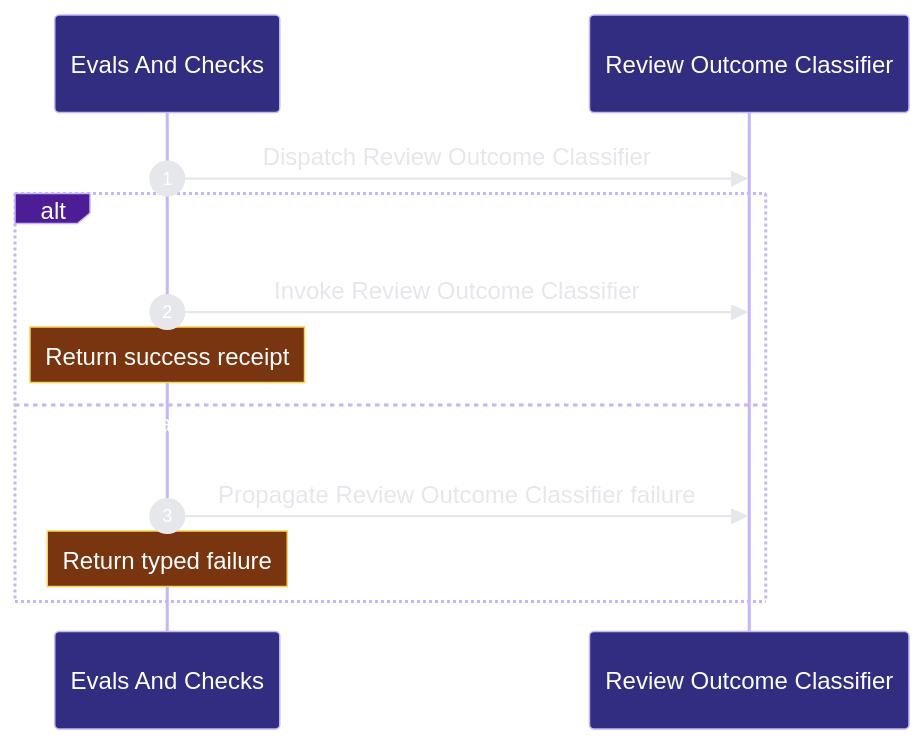
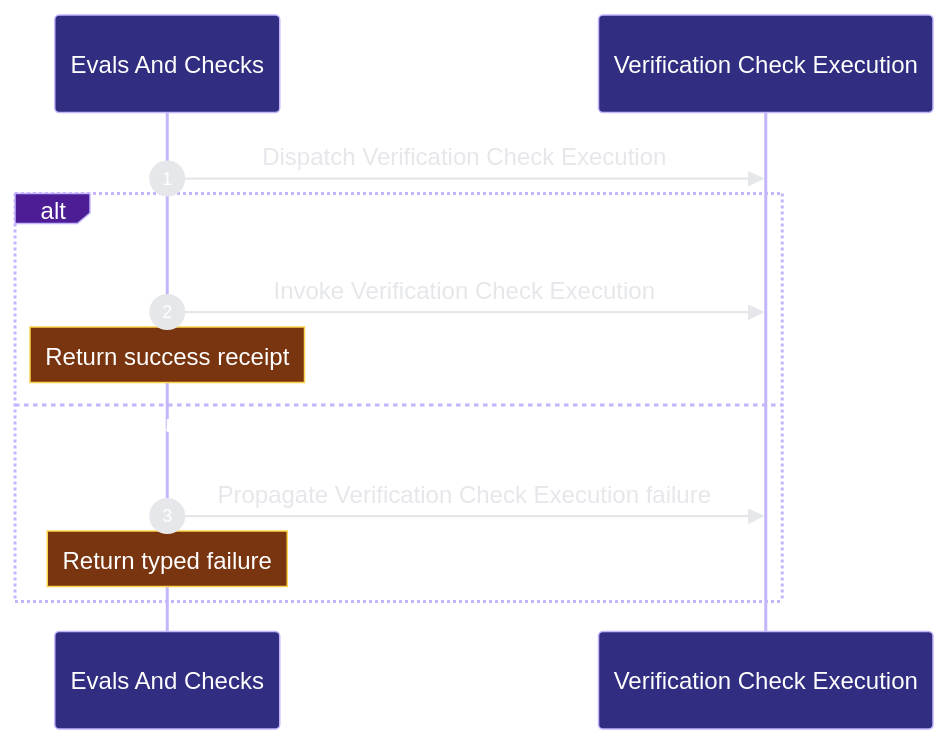
One commit to Ancienttwo/repo-harness changed the second of 2 diagrams in docs/architecture/modules/verification/evals-checks.md. Above: the diagram before and after it, drawn with Mermaid. The commit also changed other lines of this file and 39 other files, not shown here.

Commit message:
refactor(review): retire direct cross-review onto Herdr review

````diff
--- a/docs/architecture/modules/verification/evals-checks.md
+++ b/docs/architecture/modules/verification/evals-checks.md
@@ -55,15 +55,15 @@
 ```mermaid
 %%{init: {"theme":"base","themeVariables":{"background":"#0d1117","actorBkg":"#312e81","actorBorder":"#c4b5fd","actorTextColor":"#ffffff","signalColor":"#e5e7eb","signalTextColor":"#e5e7eb","labelBoxBkgColor":"#4c1d95","labelBoxBorderColor":"#c4b5fd","labelTextColor":"#ffffff","noteBkgColor":"#78350f","noteBorderColor":"#fcd34d","noteTextColor":"#ffffff","sequenceNumberColor":"#ffffff"}}}%%
 sequenceDiagram
   autonumber
   participant p2_capability_4262990f as Evals And Checks
-  participant p2_component_7b8d80ff as Review Outcome Classifier
-  p2_capability_4262990f->>p2_component_7b8d80ff: Dispatch Review Outcome Classifier
-  alt Evaluate a cross-model review completes
-  p2_capability_4262990f->>p2_component_7b8d80ff: Invoke Review Outcome Classifier
+  participant p2_component_7b8d80ff as Verification Check Execution
+  p2_capability_4262990f->>p2_component_7b8d80ff: Dispatch Verification Check Execution
+  alt Execute a declared verification check completes
+  p2_capability_4262990f->>p2_component_7b8d80ff: Invoke Verification Check Execution
     Note over p2_capability_4262990f: Return success receipt
-  else Evaluate a cross-model review is rejected or fails
-  p2_capability_4262990f->>p2_component_7b8d80ff: Propagate Review Outcome Classifier failure
+  else Execute a declared verification check is rejected or fails
+  p2_capability_4262990f->>p2_component_7b8d80ff: Propagate Verification Check Execution failure
     Note over p2_capability_4262990f: Return typed failure
   end
 ```
````
